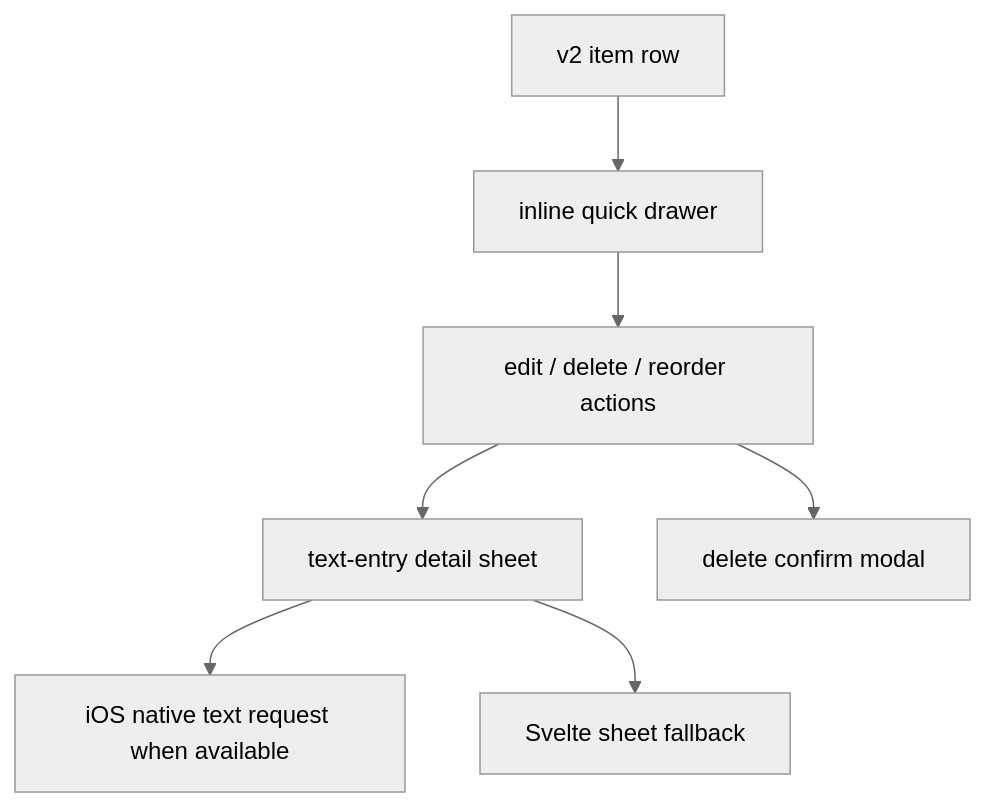
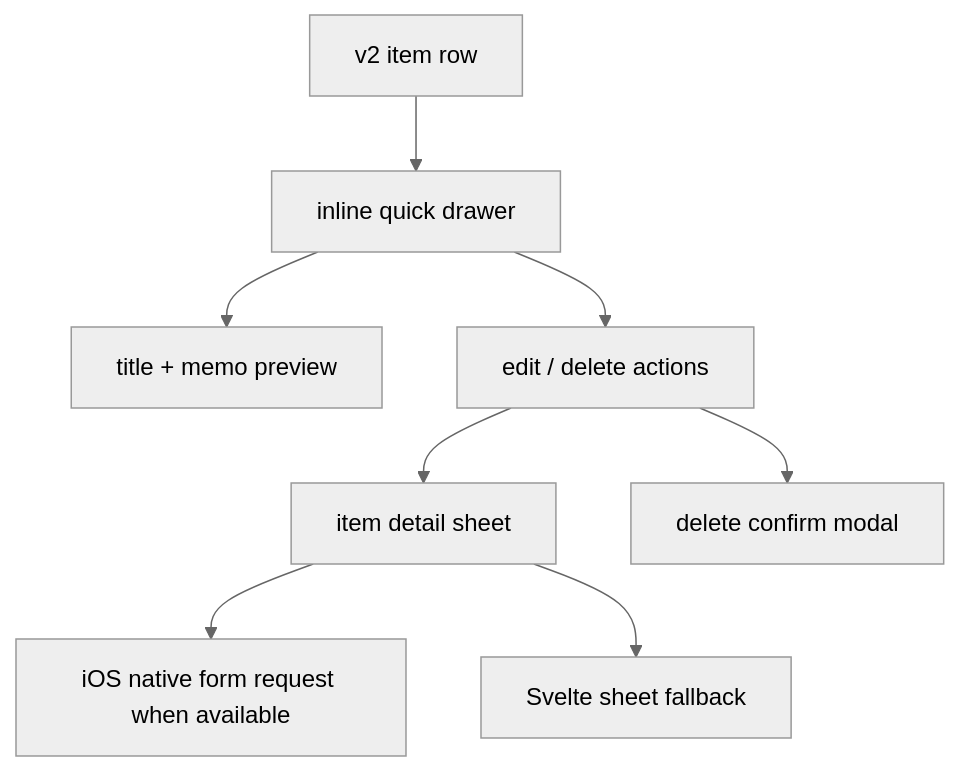
One commit to U-Keun/Tickly changed the diagram in docs/v2-notes/002-item-detail-sheet-direction.md. Above: the diagram before and after it, drawn with Mermaid (neutral theme). The commit also changed other lines of this file and 29 other files, not shown here.

Commit message:
feat: add v2 item memo details

````diff
--- a/docs/v2-notes/002-item-detail-sheet-direction.md
+++ b/docs/v2-notes/002-item-detail-sheet-direction.md
@@ -11,9 +11,10 @@
 ```mermaid
 flowchart TB
   Row["v2 item row"] --> Drawer["inline quick drawer"]
-  Drawer --> QuickActions["edit / delete / reorder actions"]
-  QuickActions --> Sheet["text-entry detail sheet"]
-  Sheet --> Native["iOS native text request when available"]
+  Drawer --> Preview["title + memo preview"]
+  Drawer --> QuickActions["edit / delete actions"]
+  QuickActions --> Sheet["item detail sheet"]
+  Sheet --> Native["iOS native form request when available"]
   Sheet --> Web["Svelte sheet fallback"]
   QuickActions --> Confirm["delete confirm modal"]
 ```
````
